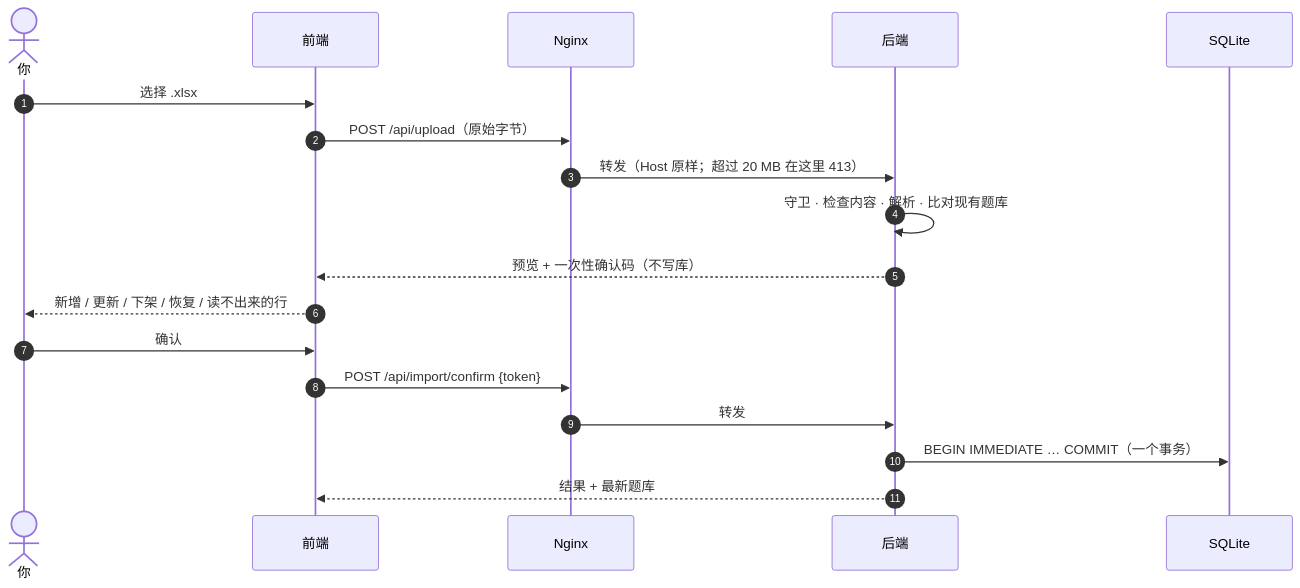
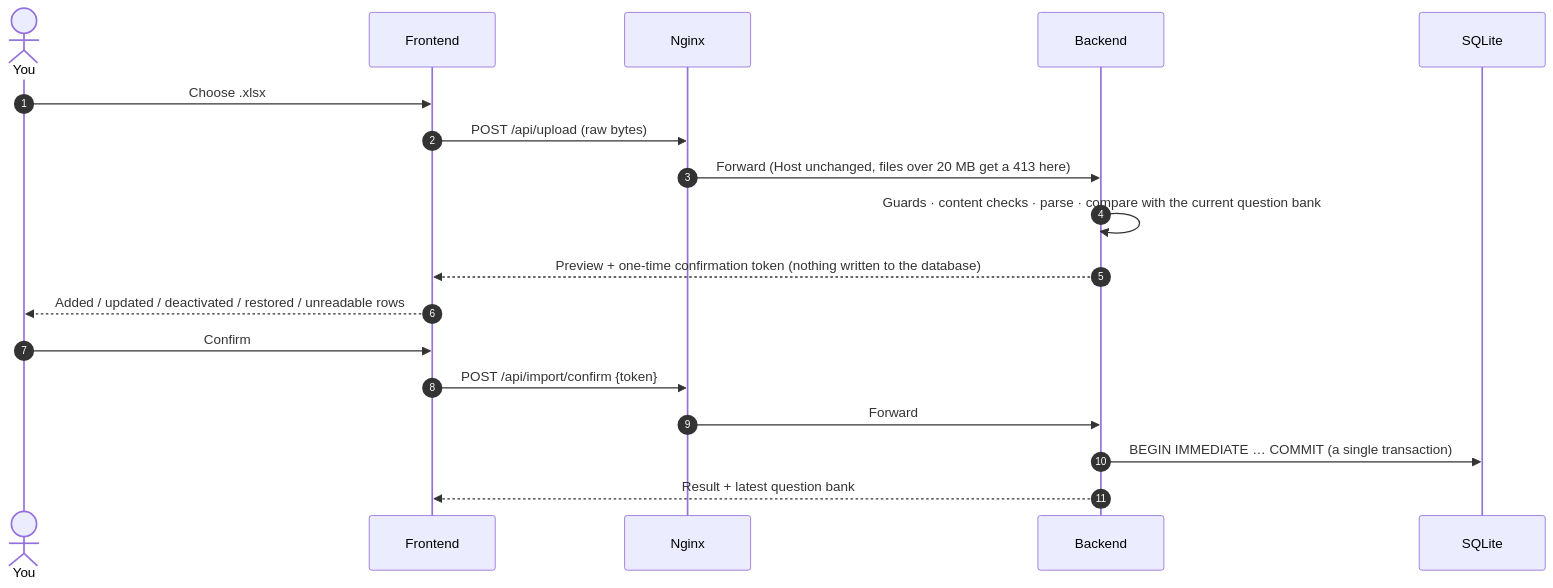
One commit to Yumin-Space/xexam changed the second of 6 diagrams in README.md. Above: the diagram before and after it, drawn with Mermaid. The commit also changed other lines of this file and 127 other files, not shown here.

````diff
--- a/README.md
+++ b/README.md
@@ -135,20 +146,20 @@
 ```mermaid
 sequenceDiagram
     autonumber
-    actor 你
-    participant 前端
+    actor 你 as You
+    participant 前端 as Frontend
     participant N as Nginx
-    participant 后端
+    participant 后端 as Backend
     participant 库 as SQLite
-    你->>前端: 选择 .xlsx
-    前端->>N: POST /api/upload（原始字节）
-    N->>后端: 转发（Host 原样；超过 20 MB 在这里 413）
-    后端->>后端: 守卫 · 检查内容 · 解析 · 比对现有题库
-    后端-->>前端: 预览 + 一次性确认码（不写库）
-    前端-->>你: 新增 / 更新 / 下架 / 恢复 / 读不出来的行
-    你->>前端: 确认
+    你->>前端: Choose .xlsx
+    前端->>N: POST /api/upload (raw bytes)
+    N->>后端: Forward (Host unchanged, files over 20 MB get a 413 here)
+    后端->>后端: Guards · content checks · parse · compare with the current question bank
+    后端-->>前端: Preview + one-time confirmation token (nothing written to the database)
+    前端-->>你: Added / updated / deactivated / restored / unreadable rows
+    你->>前端: Confirm
     前端->>N: POST /api/import/confirm {token}
-    N->>后端: 转发
-    后端->>库: BEGIN IMMEDIATE … COMMIT（一个事务）
-    后端-->>前端: 结果 + 最新题库
+    N->>后端: Forward
+    后端->>库: BEGIN IMMEDIATE … COMMIT (a single transaction)
+    后端-->>前端: Result + latest question bank
 ```
````
